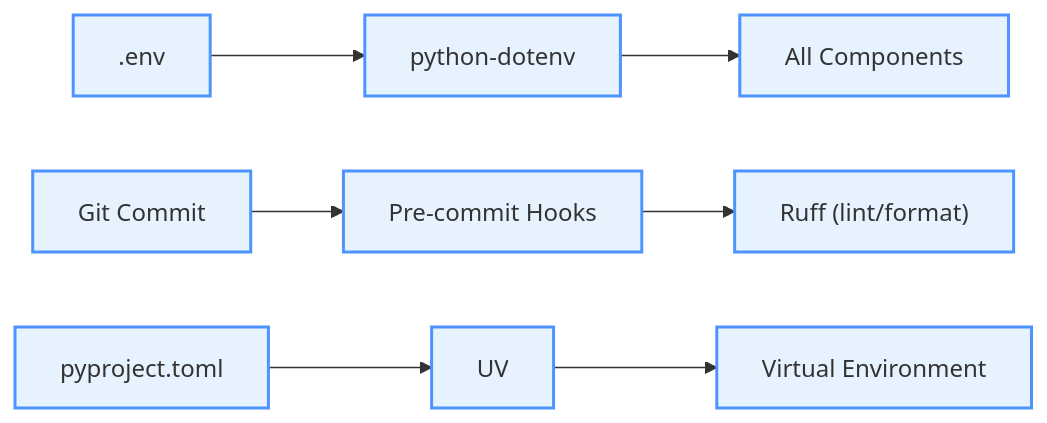
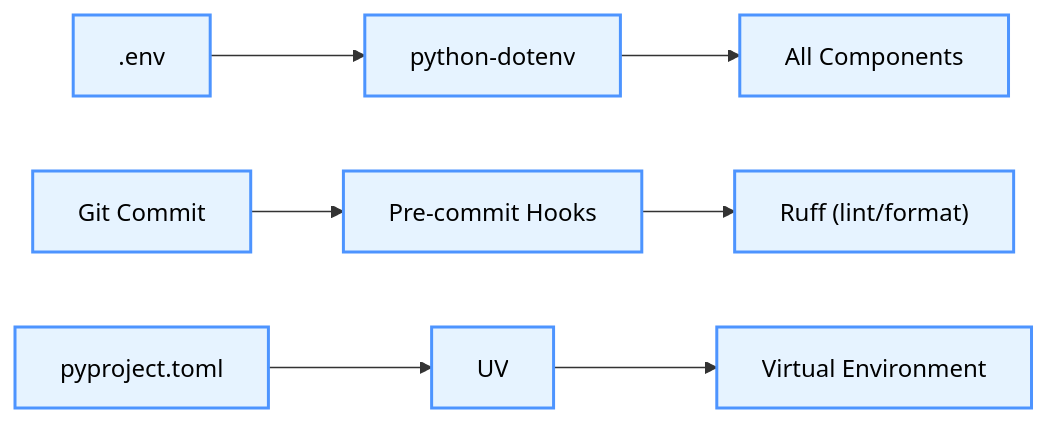
One commit to good-data-institute/rewiring-aotearoa-electrification-progress-tracker changed the second of 3 diagrams in ARCHITECTURE.md. Above: the diagram before and after it, drawn with Mermaid. The commit also changed other lines of this file and 37 other files, not shown here.

````diff
--- a/ARCHITECTURE.md
+++ b/ARCHITECTURE.md
@@ -112,14 +112,14 @@
 ```mermaid
 flowchart LR
     ENV[".env"] --> DotEnv["python-dotenv"]
     DotEnv --> Components["All Components"]
 
     Git["Git Commit"] --> PreCommit["Pre-commit Hooks"]
     PreCommit --> Ruff["Ruff (lint/format)"]
 
     PyProject["pyproject.toml"] --> UV["UV"]
     UV --> VEnv["Virtual Environment"]
 
-    classDef configStyle fill:#e6f3ff,stroke:#4d94ff,stroke-width:2px
+    classDef configStyle color:#000000,fill:#e6f3ff,stroke:#4d94ff,stroke-width:2px
     class ENV,DotEnv,Components,Git,PreCommit,Ruff,PyProject,UV,VEnv configStyle
 ```
````
